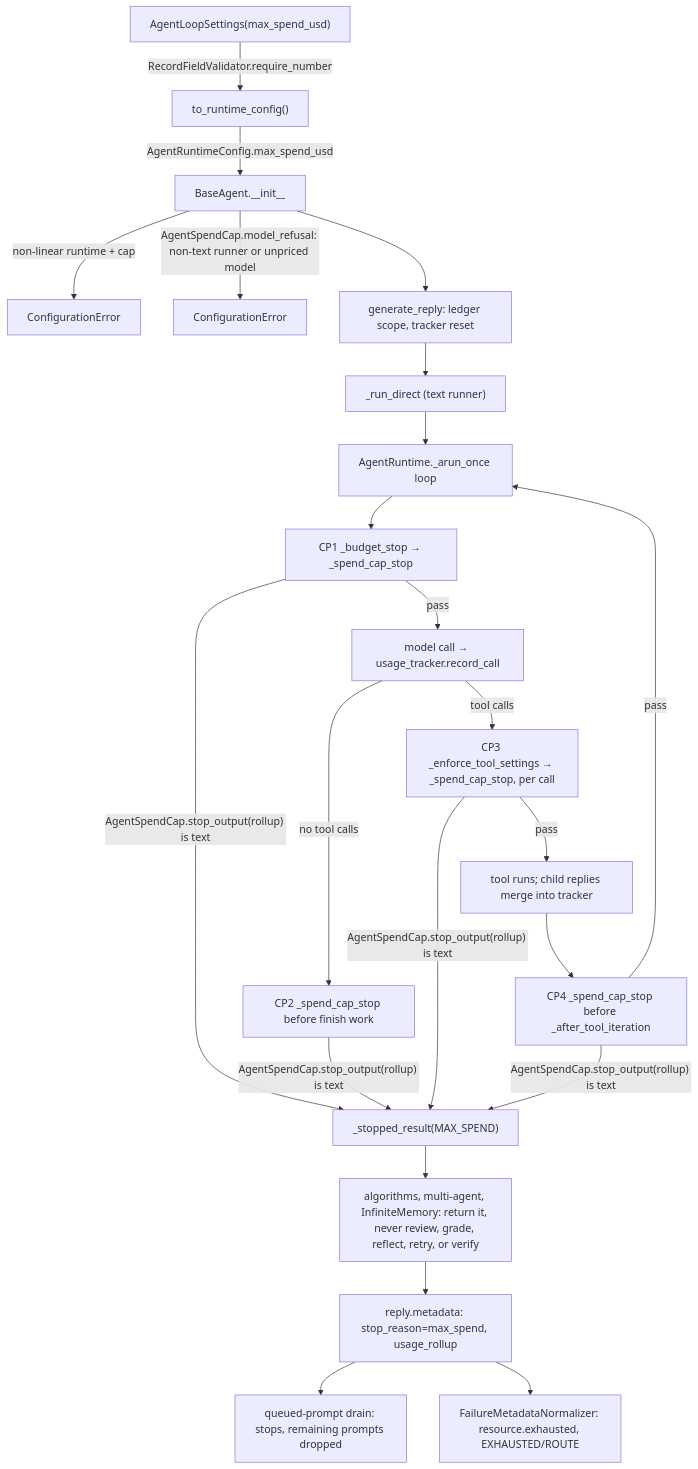
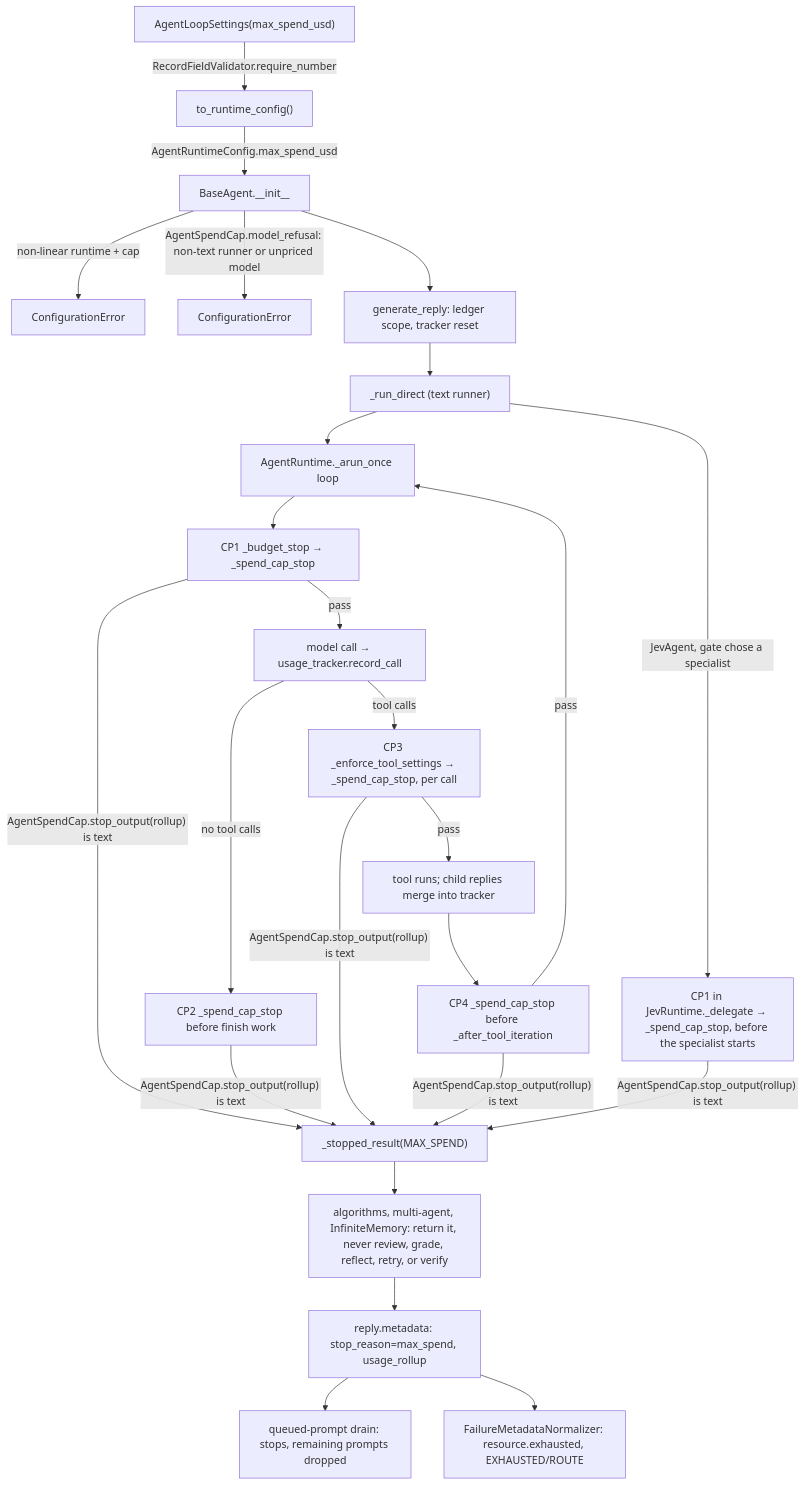
Before and after one commit to cerredz/Vidbyte-SDK: the first of 2 diagrams in docs/spec/loop-spend-cap/spec.md, drawn with Mermaid. The commit also changed other lines of this file, not shown here.

Commit message:
docs(spec): bound the delegated segment per specialist reply in loop-spend-cap r4

````diff
--- a/docs/spec/loop-spend-cap/spec.md
+++ b/docs/spec/loop-spend-cap/spec.md
@@ -105,22 +105,23 @@
 ```mermaid
 flowchart TD
   A["AgentLoopSettings(max_spend_usd)"] -->|RecordFieldValidator.require_number| B["to_runtime_config()"]
   B -->|AgentRuntimeConfig.max_spend_usd| C["BaseAgent.__init__"]
   C -->|non-linear runtime + cap| X1["ConfigurationError"]
   C -->|"AgentSpendCap.model_refusal: non-text runner or unpriced model"| X2["ConfigurationError"]
   C --> D["generate_reply: ledger scope, tracker reset"]
   D --> E["_run_direct (text runner)"]
   E --> F["AgentRuntime._arun_once loop"]
+  E -->|"JevAgent, gate chose a specialist"| DL["CP1 in JevRuntime._delegate → _spend_cap_stop, before the specialist starts"]
   F --> CP1["CP1 _budget_stop → _spend_cap_stop"]
   CP1 -->|pass| M["model call → usage_tracker.record_call"]
   M -->|no tool calls| CP2["CP2 _spend_cap_stop before finish work"]
   M -->|tool calls| CP3["CP3 _enforce_tool_settings → _spend_cap_stop, per call"]
   CP3 -->|pass| T["tool runs; child replies merge into tracker"]
   T --> CP4["CP4 _spend_cap_stop before _after_tool_iteration"]
   CP4 -->|pass| F
-  CP1 & CP2 & CP3 & CP4 -->|"AgentSpendCap.stop_output(rollup) is text"| S["_stopped_result(MAX_SPEND)"]
+  CP1 & CP2 & CP3 & CP4 & DL -->|"AgentSpendCap.stop_output(rollup) is text"| S["_stopped_result(MAX_SPEND)"]
   S --> AL["algorithms, multi-agent, InfiniteMemory: return it, never review, grade, reflect, retry, or verify"]
   AL --> R["reply.metadata: stop_reason=max_spend, usage_rollup"]
   R --> Q["queued-prompt drain: stops, remaining prompts dropped"]
   R --> FR["FailureMetadataNormalizer: resource.exhausted, EXHAUSTED/ROUTE"]
 ```
````
